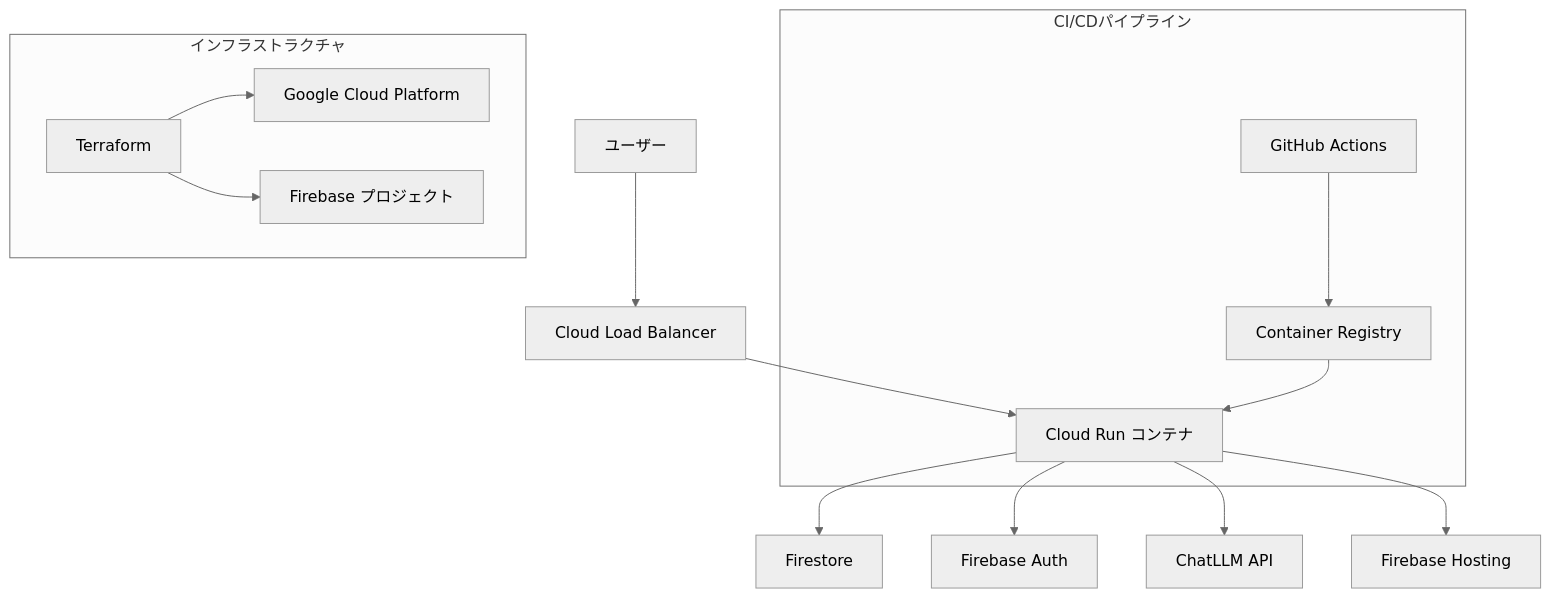
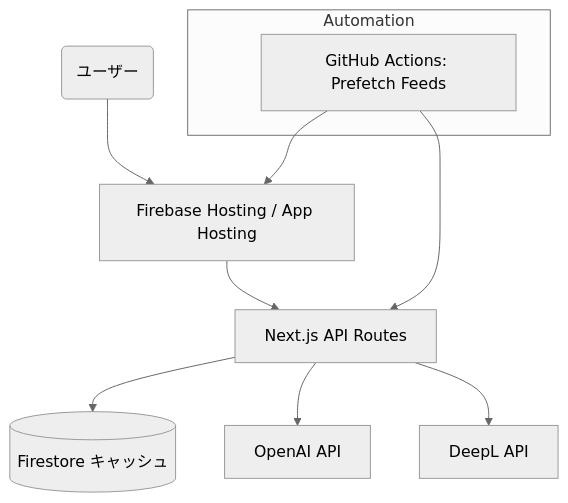
Before and after one commit to kazukifukuyama14/techsnap: the diagram in docs/design/design.md, drawn with Mermaid (neutral theme). The commit also changed other lines of this file and 10 other files, not shown here.

````diff
--- a/docs/design/design.md
+++ b/docs/design/design.md
@@ -11,19 +9,15 @@
 ```mermaid
-graph TB
-    User[ユーザー] --> LB[Cloud Load Balancer]
-    LB --> CR[Cloud Run コンテナ]
-    CR --> FS[Firestore]
-    CR --> FA[Firebase Auth]
-    CR --> LLM[ChatLLM API]
-    CR --> FH[Firebase Hosting]
+graph TD
+  User(ユーザー) --> Hosting[Firebase Hosting / App Hosting]
+  Hosting --> NextAPI[Next.js API Routes]
+  NextAPI --> Firestore[(Firestore キャッシュ)]
+  NextAPI --> OpenAI[OpenAI API]
+  NextAPI --> DeepL[DeepL API]
 
-    subgraph "CI/CDパイプライン"
-        GH[GitHub Actions] --> GCR[Container Registry]
-        GCR --> CR
-    end
+  subgraph Automation
+    GitHubActions[GitHub Actions: Prefetch Feeds]
+  end
 
-    subgraph "インフラストラクチャ"
-        TF[Terraform] --> GCP[Google Cloud Platform]
-        TF --> FB[Firebase プロジェクト]
-    end
+  GitHubActions --> Hosting
+  GitHubActions --> NextAPI
 ```
````
